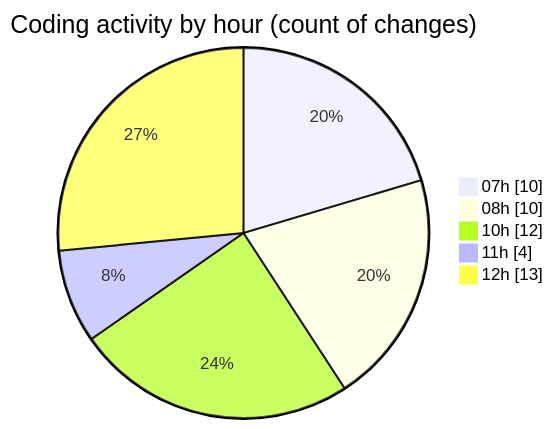
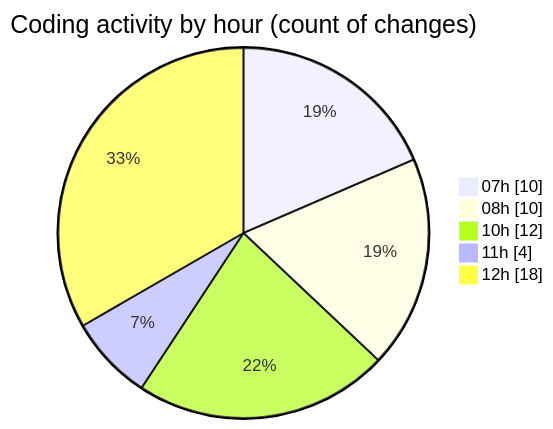
Before and after one commit to tmsrecording-cyber/code-tracking: the second of 2 diagrams in 2026-02-08/singularitybrainai/README.md, drawn with Mermaid. The commit also changed other lines of this file and 1 other file, not shown here.

````diff
--- a/2026-02-08/singularitybrainai/README.md
+++ b/2026-02-08/singularitybrainai/README.md
@@ -38,9 +38,9 @@
 ```mermaid
 pie showData
 title Coding activity by hour (count of changes)
 "07h" : 10
 "08h" : 10
 "10h" : 12
 "11h" : 4
-"12h" : 13
+"12h" : 18
 ```
````
